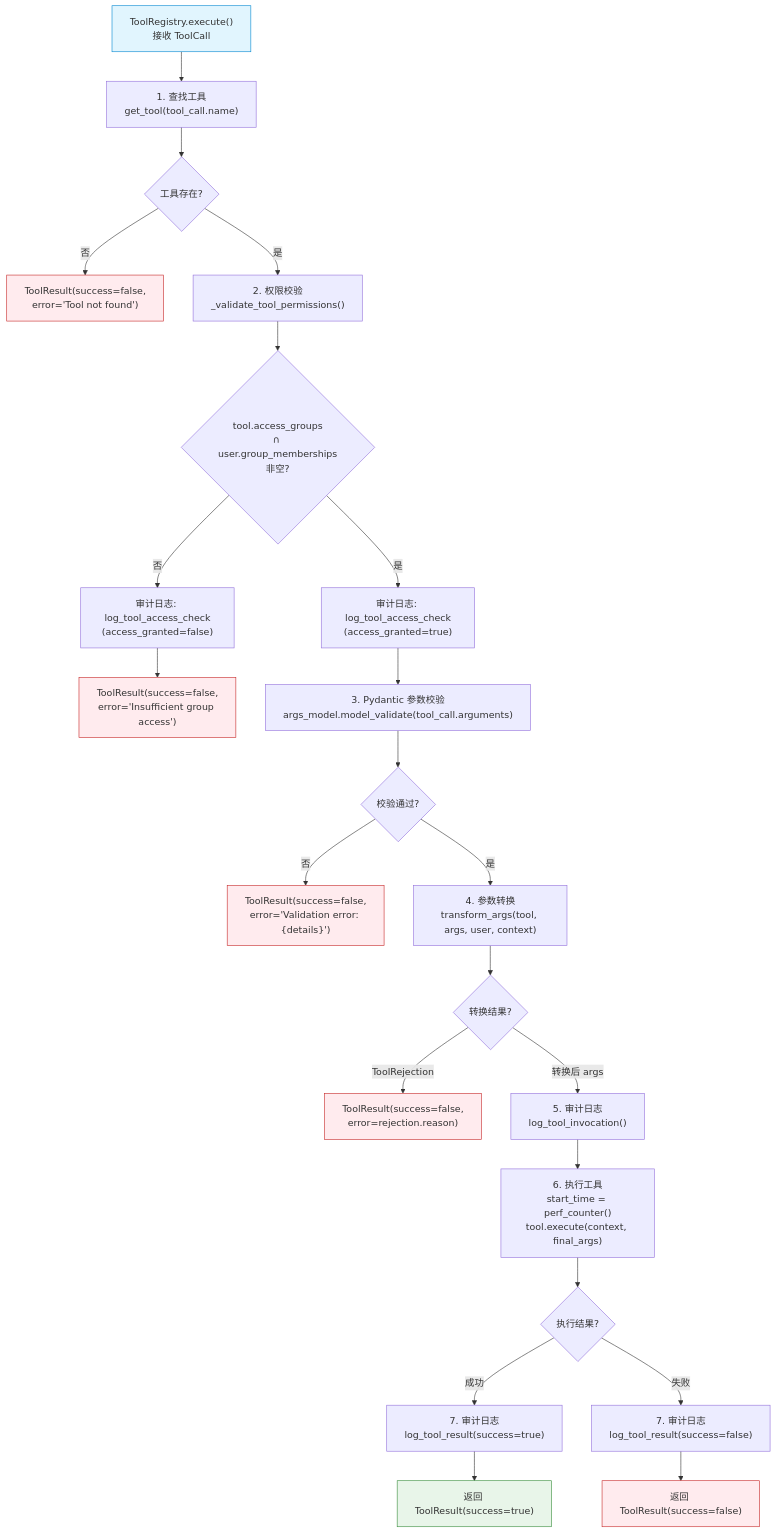
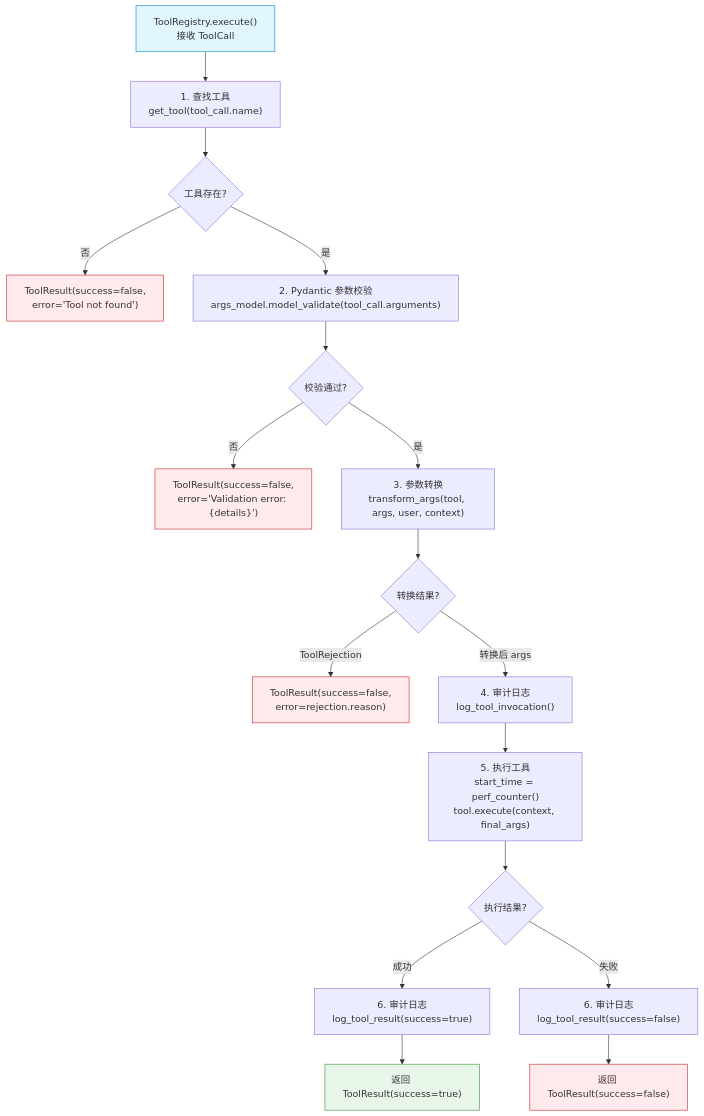
The sixth of 7 diagrams in docs/源码解析/06-Mermaid可视化流程图.md (ityongman/vanna), drawn with Mermaid before and after one commit. The commit also changed other lines of this file and 10 other files, not shown here.

````diff
--- a/docs/源码解析/06-Mermaid可视化流程图.md
+++ b/docs/源码解析/06-Mermaid可视化流程图.md
@@ -466,37 +459,29 @@
 ```mermaid
 flowchart TB
     Start["ToolRegistry.execute()<br/>接收 ToolCall"] --> Find["1. 查找工具<br/>get_tool(tool_call.name)"]
     Find --> Found{"工具存在?"}
     Found -->|否| Err1["ToolResult(success=false,<br/>error='Tool not found')"]
-    Found -->|是| PermCheck["2. 权限校验<br/>_validate_tool_permissions()"]
-
-    PermCheck --> HasAccess{"tool.access_groups<br/>∩ user.group_memberships<br/>非空?"}
-    HasAccess -->|否| AuditDeny["审计日志: log_tool_access_check<br/>(access_granted=false)"]
-    AuditDeny --> Err2["ToolResult(success=false,<br/>error='Insufficient group access')"]
-
-    HasAccess -->|是| AuditAllow["审计日志: log_tool_access_check<br/>(access_granted=true)"]
-    AuditAllow --> Validate["3. Pydantic 参数校验<br/>args_model.model_validate(tool_call.arguments)"]
+    Found -->|是| Validate["2. Pydantic 参数校验<br/>args_model.model_validate(tool_call.arguments)"]
     Validate --> ValidPass{"校验通过?"}
     ValidPass -->|否| Err3["ToolResult(success=false,<br/>error='Validation error: {details}')"]
-    ValidPass -->|是| Transform["4. 参数转换<br/>transform_args(tool, args, user, context)"]
+    ValidPass -->|是| Transform["3. 参数转换<br/>transform_args(tool, args, user, context)"]
 
     Transform --> TransformResult{"转换结果?"}
     TransformResult -->|ToolRejection| Err4["ToolResult(success=false,<br/>error=rejection.reason)"]
-    TransformResult -->|转换后 args| AuditInvoke["5. 审计日志<br/>log_tool_invocation()"]
+    TransformResult -->|转换后 args| AuditInvoke["4. 审计日志<br/>log_tool_invocation()"]
 
-    AuditInvoke --> Execute["6. 执行工具<br/>start_time = perf_counter()<br/>tool.execute(context, final_args)"]
+    AuditInvoke --> Execute["5. 执行工具<br/>start_time = perf_counter()<br/>tool.execute(context, final_args)"]
     Execute --> ExecResult{"执行结果?"}
-    ExecResult -->|成功| AuditSuccess["7. 审计日志<br/>log_tool_result(success=true)"]
-    ExecResult -->|失败| AuditFail["7. 审计日志<br/>log_tool_result(success=false)"]
+    ExecResult -->|成功| AuditSuccess["6. 审计日志<br/>log_tool_result(success=true)"]
+    ExecResult -->|失败| AuditFail["6. 审计日志<br/>log_tool_result(success=false)"]
 
     AuditSuccess --> ReturnSuccess["返回 ToolResult(success=true)"]
     AuditFail --> ReturnFail["返回 ToolResult(success=false)"]
 
     style Start fill:#e1f5fe,stroke:#0288d1
     style Err1 fill:#ffebee,stroke:#c62828
-    style Err2 fill:#ffebee,stroke:#c62828
     style Err3 fill:#ffebee,stroke:#c62828
     style Err4 fill:#ffebee,stroke:#c62828
     style ReturnSuccess fill:#e8f5e9,stroke:#388e3c
     style ReturnFail fill:#ffebee,stroke:#c62828
 ```
````
